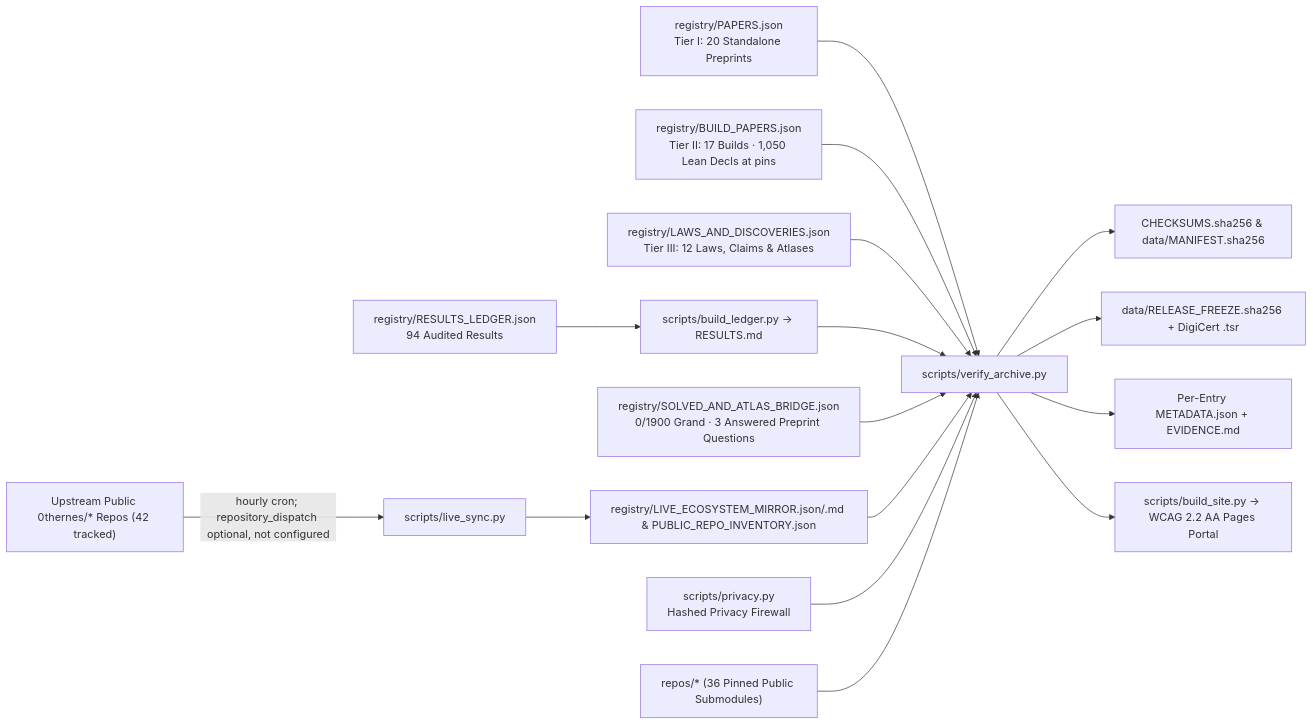
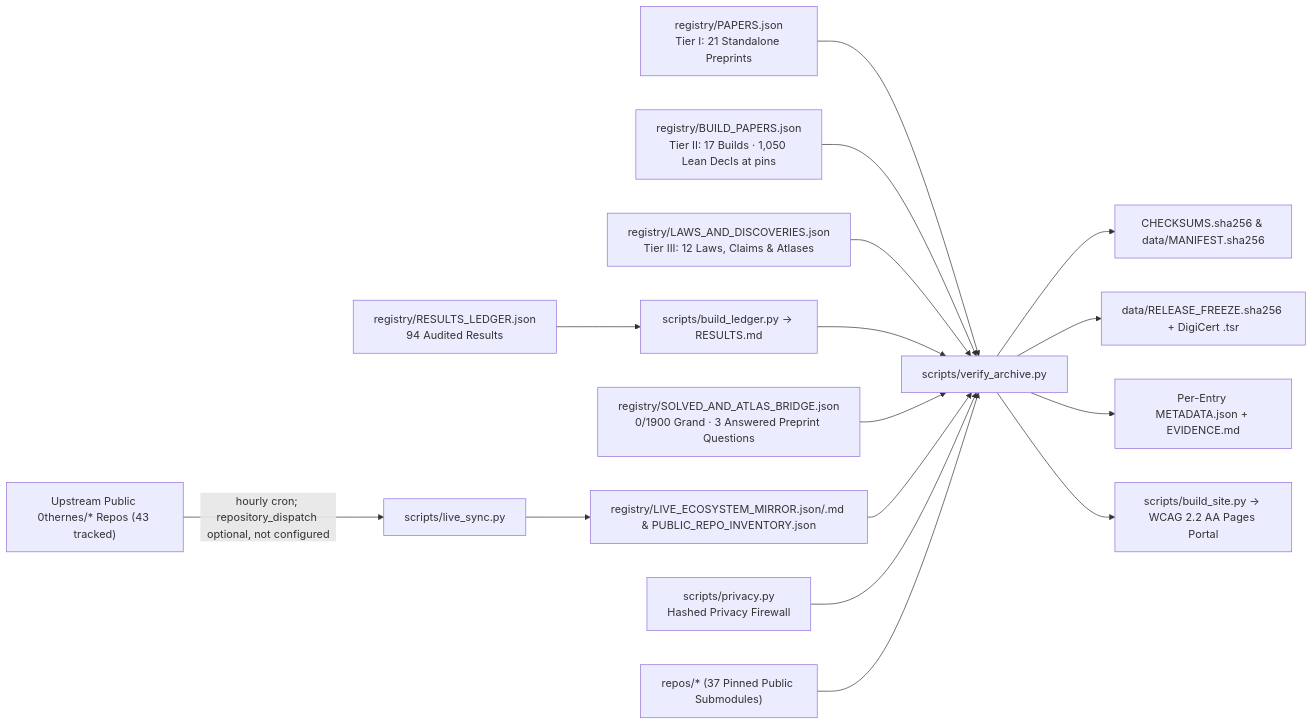
Before and after one commit to 0thernes/0thernes-research-archive: the diagram in docs/architecture.md, drawn with Mermaid. The commit also changed other lines of this file and 18 other files, not shown here.

````diff
--- a/docs/architecture.md
+++ b/docs/architecture.md
@@ -5,18 +5,18 @@
 ```mermaid
 flowchart LR
-    UP["Upstream Public 0thernes/* Repos (42 tracked)"] -->|hourly cron; repository_dispatch optional, not configured| LS["scripts/live_sync.py"]
-    R1["registry/PAPERS.json<br/>Tier I: 20 Standalone Preprints"] --> V["scripts/verify_archive.py"]
+    UP["Upstream Public 0thernes/* Repos (43 tracked)"] -->|hourly cron; repository_dispatch optional, not configured| LS["scripts/live_sync.py"]
+    R1["registry/PAPERS.json<br/>Tier I: 21 Standalone Preprints"] --> V["scripts/verify_archive.py"]
     R2["registry/BUILD_PAPERS.json<br/>Tier II: 17 Builds · 1,050 Lean Decls at pins"] --> V
     R3["registry/LAWS_AND_DISCOVERIES.json<br/>Tier III: 12 Laws, Claims & Atlases"] --> V
     RL["registry/RESULTS_LEDGER.json<br/>94 Audited Results"] --> BL["scripts/build_ledger.py -> RESULTS.md"]
     BL --> V
     BR["registry/SOLVED_AND_ATLAS_BRIDGE.json<br/>0/1900 Grand · 3 Answered Preprint Questions"] --> V
     LS --> LM["registry/LIVE_ECOSYSTEM_MIRROR.json/.md & PUBLIC_REPO_INVENTORY.json"]
     LM --> V
     PR["scripts/privacy.py<br/>Hashed Privacy Firewall"] --> V
-    S["repos/* (36 Pinned Public Submodules)"] --> V
+    S["repos/* (37 Pinned Public Submodules)"] --> V
     V --> C["CHECKSUMS.sha256 & data/MANIFEST.sha256"]
     V --> FZ["data/RELEASE_FREEZE.sha256 + DigiCert .tsr"]
     V --> D["Per-Entry METADATA.json + EVIDENCE.md"]
     V --> P["scripts/build_site.py -> WCAG 2.2 AA Pages Portal"]
 ```
````
